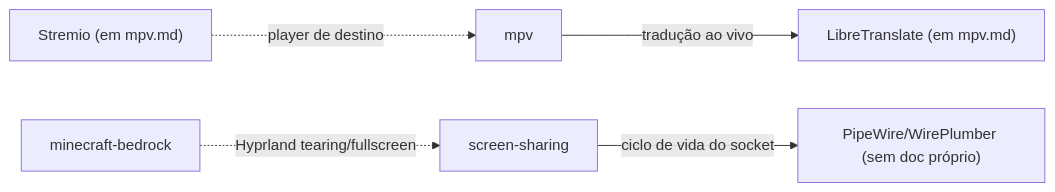
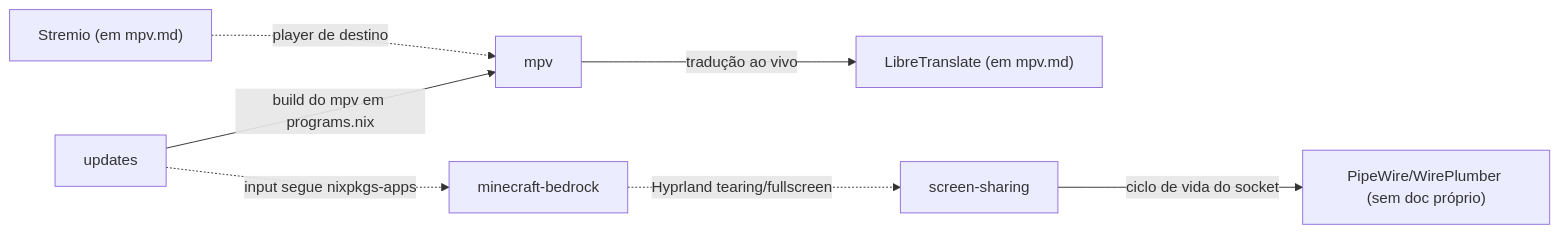
Before and after one commit to aliceComH/nixos: the diagram in .agents/knowledge/_index.md, drawn with Mermaid. The commit also changed other lines of this file and 19 other files, not shown here.

````diff
--- a/.agents/knowledge/_index.md
+++ b/.agents/knowledge/_index.md
@@ -24,14 +26,17 @@
 ```mermaid
 graph LR
     mpv["mpv"]
     libretranslate["LibreTranslate (em mpv.md)"]
     stremio["Stremio (em mpv.md)"]
     screenSharing["screen-sharing"]
     pipewire["PipeWire/WirePlumber (sem doc próprio)"]
     bedrock["minecraft-bedrock"]
+    updates["updates"]
 
     mpv -->|"tradução ao vivo"| libretranslate
     stremio -.->|"player de destino"| mpv
     screenSharing -->|"ciclo de vida do socket"| pipewire
     bedrock -.->|"Hyprland tearing/fullscreen"| screenSharing
+    updates -->|"build do mpv em programs.nix"| mpv
+    updates -.->|"input segue nixpkgs-apps"| bedrock
 ```
````
